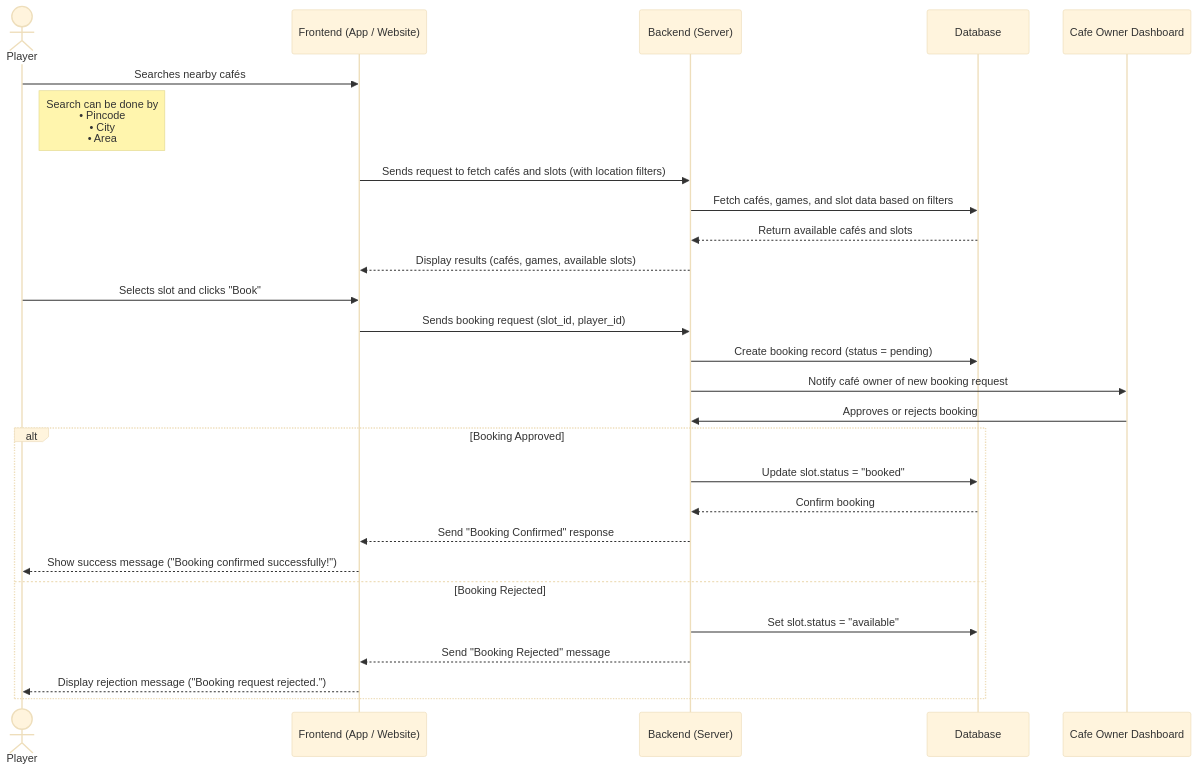
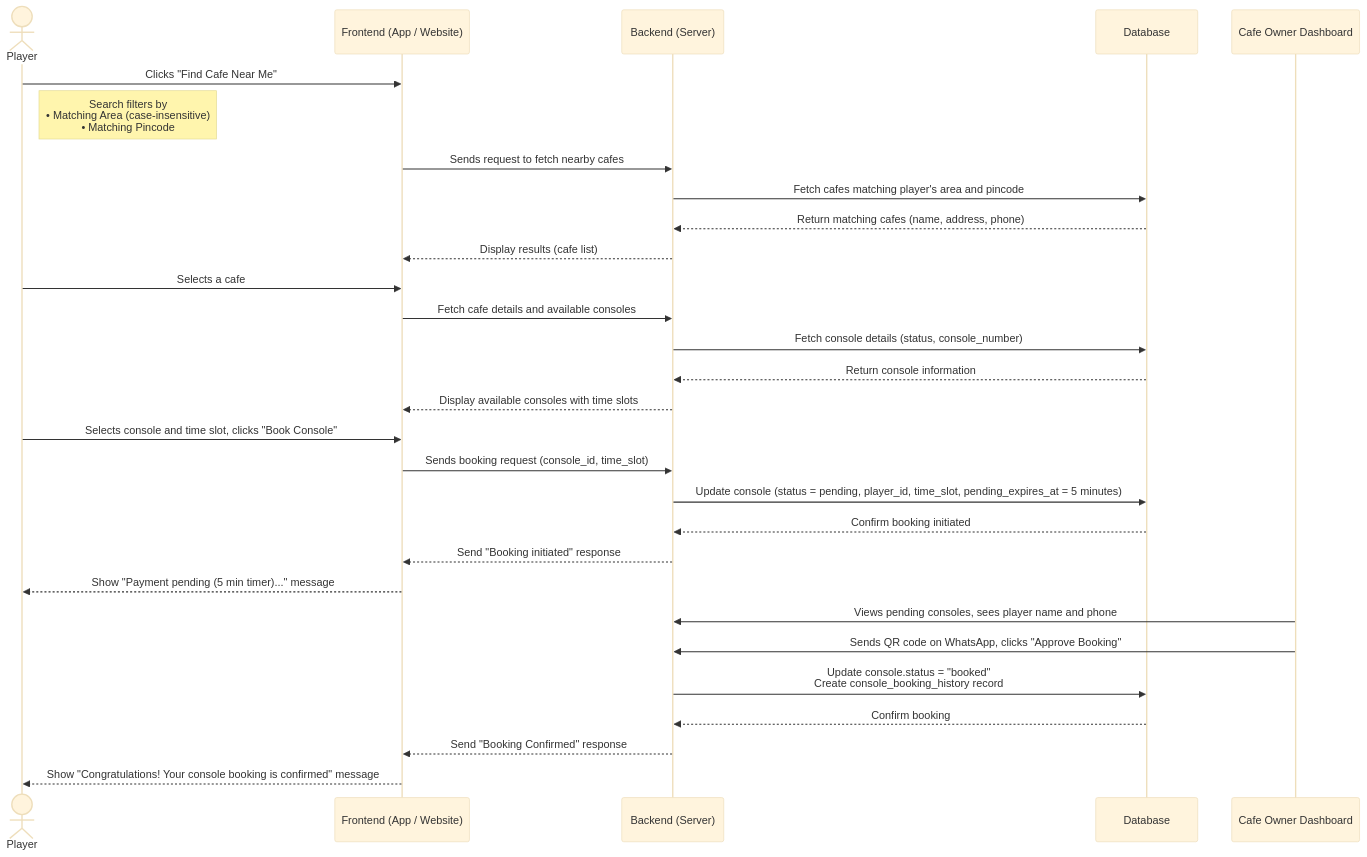
Before and after one commit to yuvrajsingh-Gkmit/gamegrid-docs: the eighth of 8 diagrams in docs/index.md, drawn with Mermaid. The commit also changed other lines of this file and 1 other file, not shown here.

Commit message:
feat: update site name and description in mkdocs configuration; enhance navigation and markdown extensions

````diff
--- a/docs/index.md
+++ b/docs/index.md
@@ -727,34 +697,37 @@
 ```mermaid
 %%{init: {'theme':'base', 'themeVariables': { 'fontSize':'18px', 'fontFamily':'Arial'}}}%%
 sequenceDiagram
     actor Player
     participant UI as Frontend (App / Website)
     participant API as Backend (Server)
     participant DB as Database
     participant Owner as Cafe Owner Dashboard
 
-    Player->>UI: Searches nearby cafés
-    note right of Player: Search can be done by<br>• Pincode<br>• City<br>• Area
-    UI->>API: Sends request to fetch cafés and slots (with location filters)
-    API->>DB: Fetch cafés, games, and slot data based on filters
-    DB-->>API: Return available cafés and slots
-    API-->>UI: Display results (cafés, games, available slots)
+    Player->>UI: Clicks "Find Cafe Near Me"
+    note right of Player: Search filters by<br>• Matching Area (case-insensitive)<br>• Matching Pincode
+    UI->>API: Sends request to fetch nearby cafes
+    API->>DB: Fetch cafes matching player's area and pincode
+    DB-->>API: Return matching cafes (name, address, phone)
+    API-->>UI: Display results (cafe list)
 
-    Player->>UI: Selects slot and clicks "Book"
-    UI->>API: Sends booking request (slot_id, player_id)
-    API->>DB: Create booking record (status = pending)
-    API->>Owner: Notify café owner of new booking request
+    Player->>UI: Selects a cafe
+    UI->>API: Fetch cafe details and available consoles
+    API->>DB: Fetch console details (status, console_number)
+    DB-->>API: Return console information
+    API-->>UI: Display available consoles with time slots
 
-    Owner->>API: Approves or rejects booking
-    alt Booking Approved
-        API->>DB: Update slot.status = "booked"
-        DB-->>API: Confirm booking
-        API-->>UI: Send "Booking Confirmed" response
-        UI-->>Player: Show success message ("Booking confirmed successfully!")
-    else Booking Rejected
-        API->>DB: Set slot.status = "available"
-        API-->>UI: Send "Booking Rejected" message
-        UI-->>Player: Display rejection message ("Booking request rejected.")
-    end
+    Player->>UI: Selects console and time slot, clicks "Book Console"
+    UI->>API: Sends booking request (console_id, time_slot)
+    API->>DB: Update console (status = pending, player_id, time_slot, pending_expires_at = 5 minutes)
+    DB-->>API: Confirm booking initiated
+    API-->>UI: Send "Booking initiated" response
+    UI-->>Player: Show "Payment pending (5 min timer)..." message
+
+    Owner->>API: Views pending consoles, sees player name and phone
+    Owner->>API: Sends QR code on WhatsApp, clicks "Approve Booking"
+    API->>DB: Update console.status = "booked"<br>Create console_booking_history record
+    DB-->>API: Confirm booking
+    API-->>UI: Send "Booking Confirmed" response
+    UI-->>Player: Show "Congratulations! Your console booking is confirmed" message
 
 ```
````
